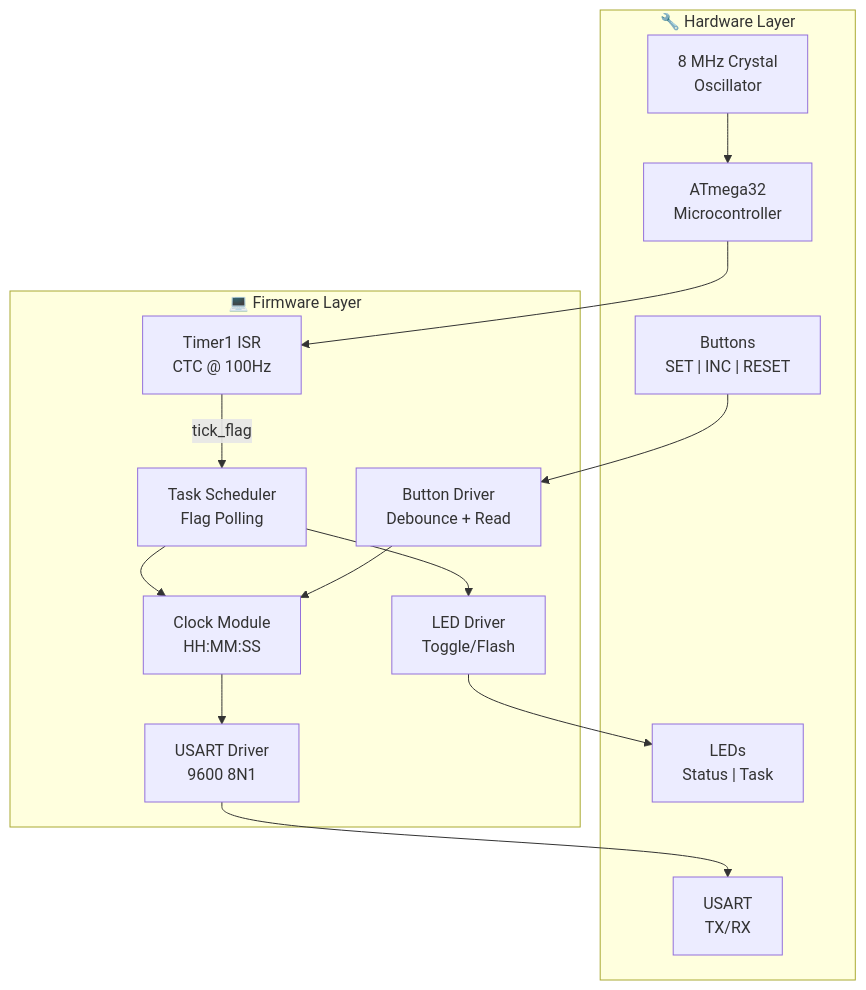
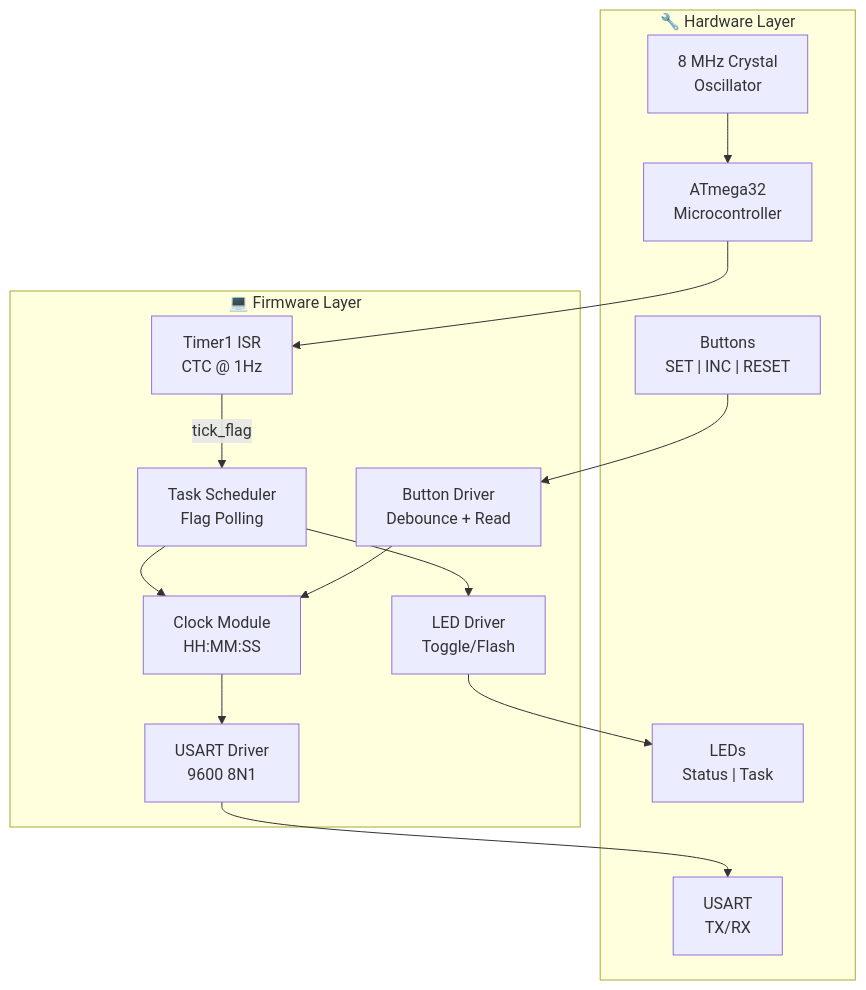
The diagram in README.md (chikotaraufu-netizen/ATmega32_Timer_Digital_Clock_Scheduler-), drawn with Mermaid before and after one commit. The commit also changed other lines of this file and 14 other files, not shown here.

Commit message:
Full project sync: firmware 1Hz/1024, README matches schematic, all docs consistent

````diff
--- a/README.md
+++ b/README.md
@@ -63,30 +63,30 @@
 ```mermaid
 graph TB
     subgraph Hardware["🔧 Hardware Layer"]
         XTAL["8 MHz Crystal<br/>Oscillator"]
         MCU["ATmega32<br/>Microcontroller"]
         BTNS["Buttons<br/>SET | INC | RESET"]
         LEDS["LEDs<br/>Status | Task"]
         UART["USART<br/>TX/RX"]
     end
 
     subgraph Firmware["💻 Firmware Layer"]
-        TIMER["Timer1 ISR<br/>CTC @ 100Hz"]
+        TIMER["Timer1 ISR<br/>CTC @ 1Hz"]
         SCHED["Task Scheduler<br/>Flag Polling"]
         CLOCK["Clock Module<br/>HH:MM:SS"]
         BTNDRV["Button Driver<br/>Debounce + Read"]
         LEDDRV["LED Driver<br/>Toggle/Flash"]
         UARTDRV["USART Driver<br/>9600 8N1"]
     end
 
     XTAL --> MCU
     MCU --> TIMER
     TIMER -->|"tick_flag"| SCHED
     SCHED --> CLOCK
     SCHED --> LEDDRV
     BTNS --> BTNDRV
     BTNDRV --> CLOCK
     CLOCK --> UARTDRV
     UARTDRV --> UART
     LEDDRV --> LEDS
 ```
````
